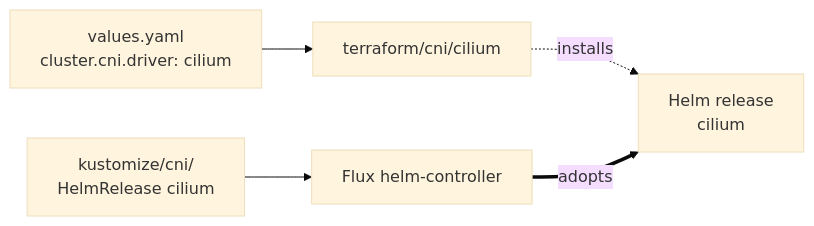
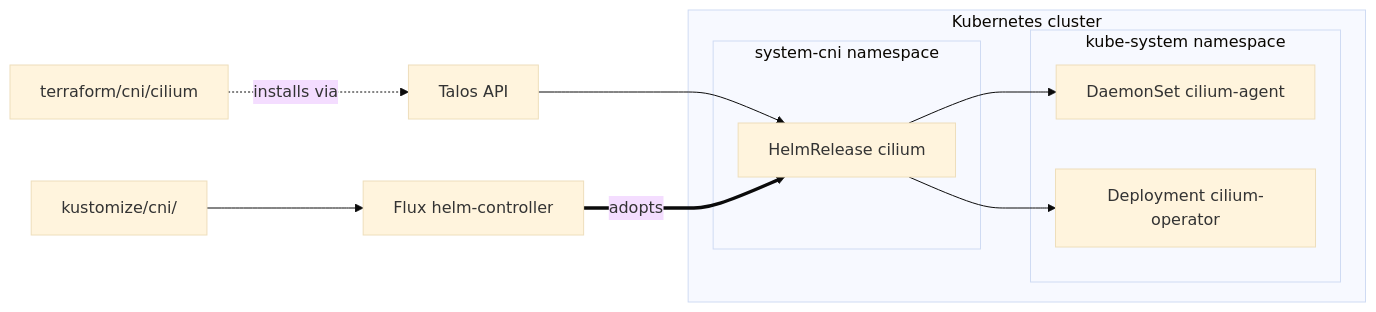
The diagram in terraform/cni/README.md (windsorcli/core), drawn with Mermaid (base theme) before and after one commit. The commit also changed other lines of this file and 7 other files, not shown here.

Commit message:
chore(docs): enhance README files with updated architecture diagrams and detailed module descriptions across Terraform categories

````diff
--- a/terraform/cni/README.md
+++ b/terraform/cni/README.md
@@ -22,15 +22,25 @@
 ```mermaid
 flowchart LR
-  values[values.yaml<br/>cluster.cni.driver: cilium]
+  tf[terraform/cni/cilium]
+  api[Talos API]
 
-  tfCni[terraform/cni/cilium]
-  helm[Helm release<br/>cilium]
+  subgraph cluster[Kubernetes cluster]
+    subgraph syscni[system-cni namespace]
+      hr[HelmRelease cilium]
+    end
+    subgraph kubesys[kube-system namespace]
+      agent[DaemonSet cilium-agent]
+      op[Deployment cilium-operator]
+    end
+  end
 
   flux[Flux helm-controller]
-  kCni[kustomize/cni/<br/>HelmRelease cilium]
+  kCni[kustomize/cni/]
 
-  values --> tfCni
-  tfCni -.installs.-> helm
-  flux ==adopts==> helm
+  tf -.installs via.-> api
+  api --> hr
+  hr --> agent
+  hr --> op
+  flux ==adopts==> hr
   kCni --> flux
 ```
````
